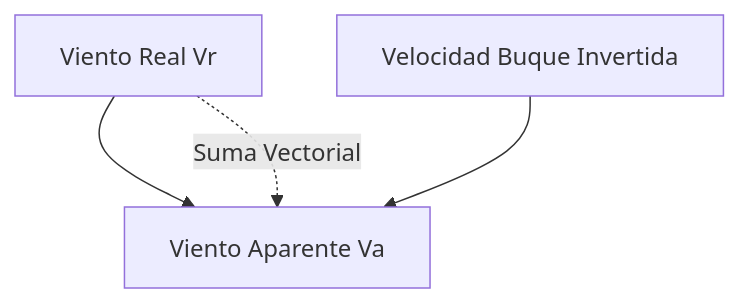
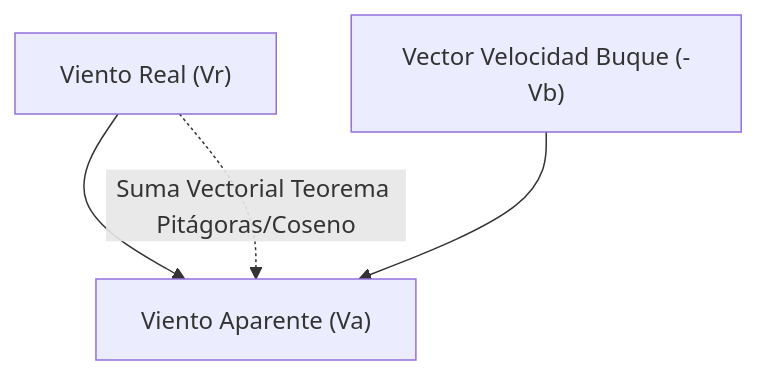
Before and after one commit to LegalIntermediaSL/Nautica: the diagram in titulaciones/PY/tema_3_teoria_navegacion.md, drawn with Mermaid. The commit also changed other lines of this file and 20 other files, not shown here.

````diff
--- a/titulaciones/PY/tema_3_teoria_navegacion.md
+++ b/titulaciones/PY/tema_3_teoria_navegacion.md
@@ -54,6 +70,6 @@
 ```mermaid
 graph TD
-    A[Viento Real Vr] --> C[Viento Aparente Va]
-    B[Velocidad Buque Invertida] --> C
-    A -. Suma Vectorial .-> C
+    A["Viento Real (Vr)"] --> C["Viento Aparente (Va)"]
+    B["Vector Velocidad Buque (-Vb)"] --> C
+    A -. "Suma Vectorial Teorema Pitágoras/Coseno" .-> C
 ```
````
